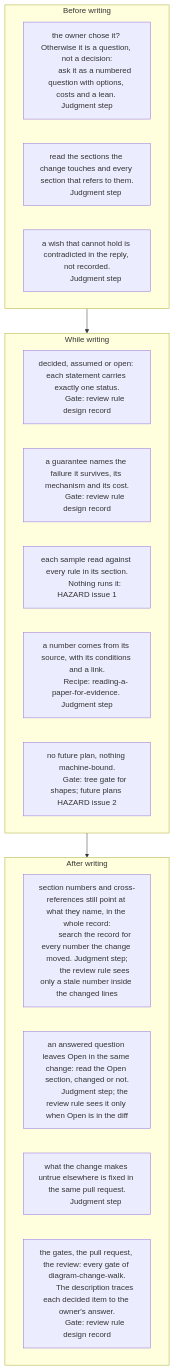
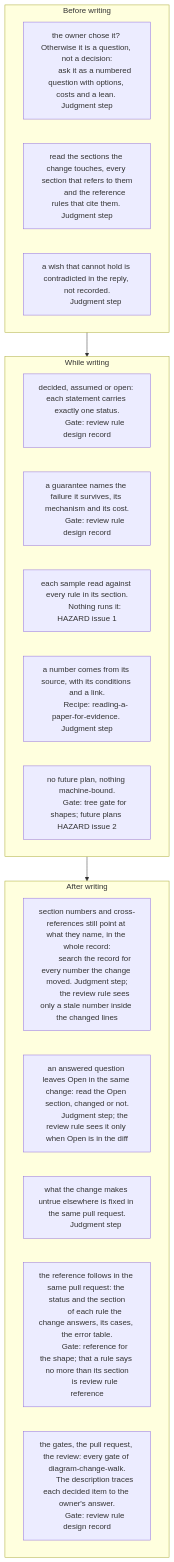
The diagram in knowledge/diagram-design-change-playbook.md (SymoHTL/Kurz), drawn with Mermaid before and after one commit. The commit also changed other lines of this file and 221 other files, not shown here.

First line of the commit message:
Add the language reference and its corpus; record design rounds 7 to 10 (#9)

````diff
--- a/knowledge/diagram-design-change-playbook.md
+++ b/knowledge/diagram-design-change-playbook.md
@@ -19,36 +19,40 @@
 ```mermaid
 flowchart TD
     subgraph B["Before writing"]
         B1["the owner chose it? Otherwise it is a question, not a decision:
         ask it as a numbered question with options, costs and a lean. Judgment step"]
-        B2["read the sections the change touches and every section that refers to them.
-        Judgment step"]
+        B2["read the sections the change touches, every section that refers to them
+        and the reference rules that cite them. Judgment step"]
         B3["a wish that cannot hold is contradicted in the reply, not recorded.
         Judgment step"]
     end
     subgraph D["While writing"]
         D1["decided, assumed or open: each statement carries exactly one status.
         Gate: review rule design record"]
         D2["a guarantee names the failure it survives, its mechanism and its cost.
         Gate: review rule design record"]
         D3["each sample read against every rule in its section.
         Nothing runs it: HAZARD issue 1"]
         D4["a number comes from its source, with its conditions and a link.
         Recipe: reading-a-paper-for-evidence. Judgment step"]
         D5["no future plan, nothing machine-bound.
         Gate: tree gate for shapes; future plans HAZARD issue 2"]
     end
     subgraph A["After writing"]
         A1["section numbers and cross-references still point at what they name, in the whole record:
         search the record for every number the change moved. Judgment step;
         the review rule sees only a stale number inside the changed lines"]
         A2["an answered question leaves Open in the same change: read the Open section, changed or not.
         Judgment step; the review rule sees it only when Open is in the diff"]
         A3["what the change makes untrue elsewhere is fixed in the same pull request.
         Judgment step"]
+        A5["the reference follows in the same pull request: the status and the section
+        of each rule the change answers, its cases, the error table.
+        Gate: reference for the shape; that a rule says no more than its section
+        is review rule reference"]
         A4["the gates, the pull request, the review: every gate of diagram-change-walk.
         The description traces each decided item to the owner's answer.
         Gate: review rule design record"]
     end
     B --> D --> A
 ```
````
